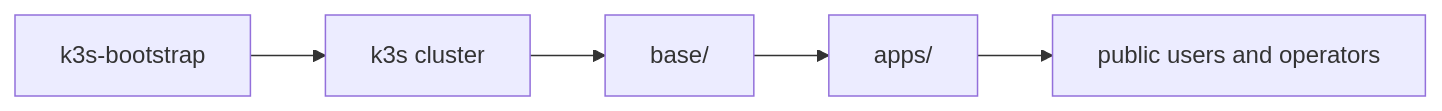
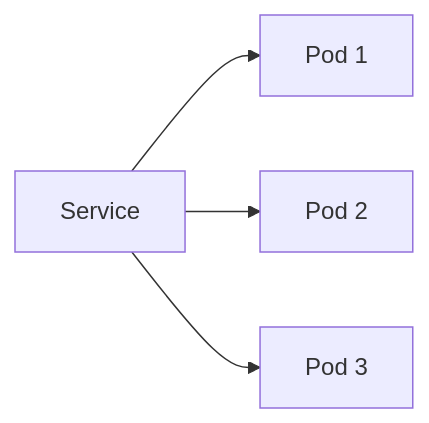
Before and after one commit to bookseal/bit-habit-infra: the ninth of 14 diagrams in README.md, drawn with Mermaid. The commit also changed other lines of this file, not shown here.

````diff
--- a/README.md
+++ b/README.md
@@ -436,10 +415,6 @@
 ```mermaid
 flowchart LR
-    Bootstrap["k3s-bootstrap"]
-    Cluster["k3s cluster"]
-    Base["base/"]
-    Apps["apps/"]
-    Users["public users and operators"]
-
-    Bootstrap --> Cluster --> Base --> Apps --> Users
+    Service --> P1["Pod 1"]
+    Service --> P2["Pod 2"]
+    Service --> P3["Pod 3"]
 ```
````
